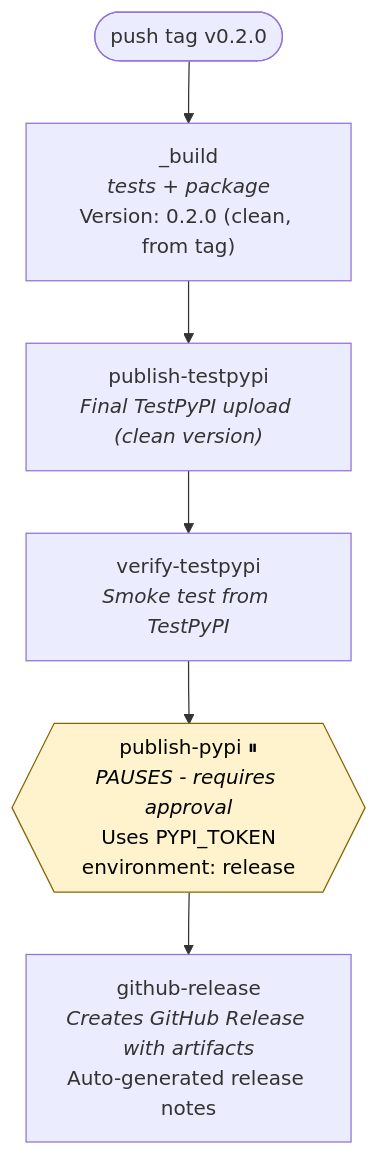
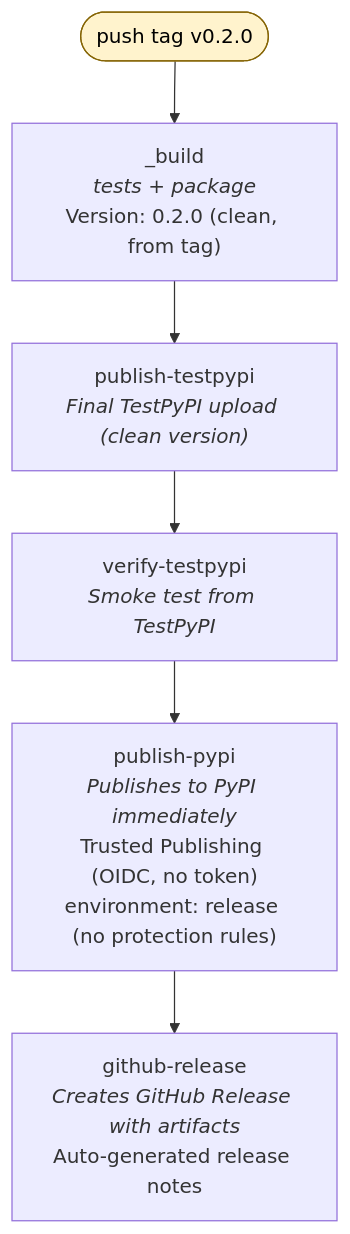
One commit to Azure/agentops changed the second of 3 diagrams in docs/release-process.md. Above: the diagram before and after it, drawn with Mermaid. The commit also changed other lines of this file and 1 other file, not shown here.

````diff
--- a/docs/release-process.md
+++ b/docs/release-process.md
@@ -513,14 +493,14 @@
 ```mermaid
 flowchart TD
     tag(["push tag v0.2.0"])
     build["_build<br/><i>tests + package</i><br/>Version: 0.2.0 (clean, from tag)"]
     publishTest["publish-testpypi<br/><i>Final TestPyPI upload (clean version)</i>"]
     verifyTest["verify-testpypi<br/><i>Smoke test from TestPyPI</i>"]
-    publishPypi{{"publish-pypi ⏸<br/><i>PAUSES - requires approval</i><br/>Uses PYPI_TOKEN<br/>environment: release"}}
+    publishPypi["publish-pypi<br/><i>Publishes to PyPI immediately</i><br/>Trusted Publishing (OIDC, no token)<br/>environment: release (no protection rules)"]
     ghRelease["github-release<br/><i>Creates GitHub Release with artifacts</i><br/>Auto-generated release notes"]
 
     tag --> build --> publishTest --> verifyTest --> publishPypi --> ghRelease
 
     classDef gate fill:#fff3cd,stroke:#856404,color:#000;
-    class publishPypi gate;
+    class tag gate;
 ```
````
